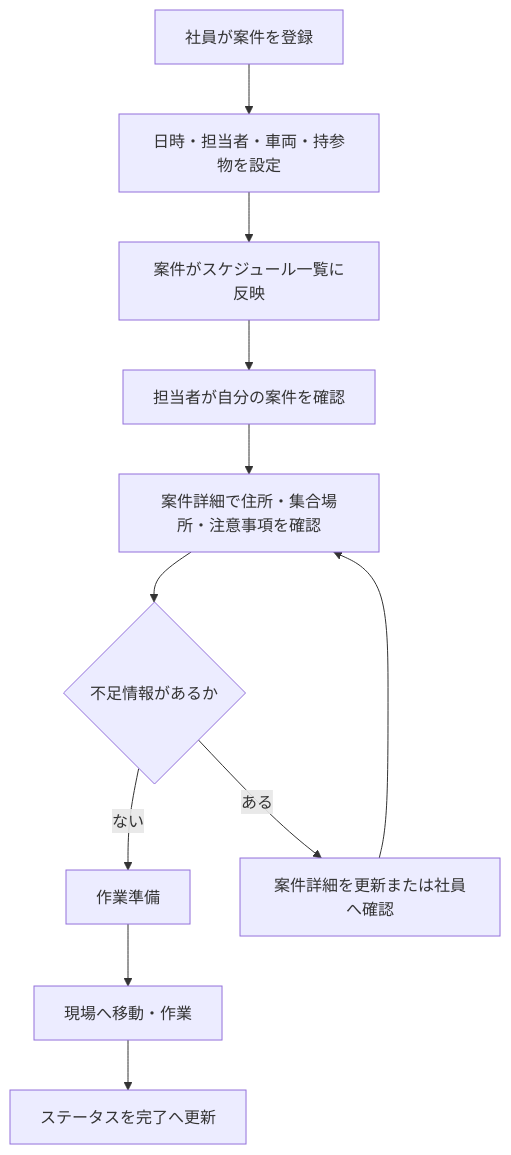
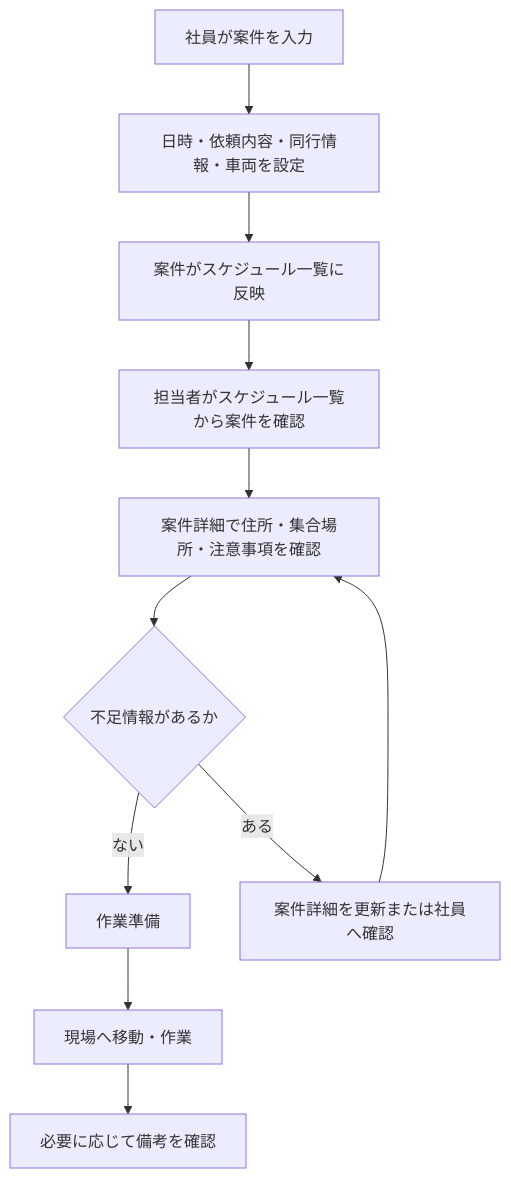
Before and after one commit to yuya-dev-dev/schedule-system: the second of 2 diagrams in docs/business-flow.md, drawn with Mermaid. The commit also changed other lines of this file and 7 other files, not shown here.

````diff
--- a/docs/business-flow.md
+++ b/docs/business-flow.md
@@ -34,13 +34,13 @@
 ```mermaid
 flowchart TD
-    A["社員が案件を登録"] --> B["日時・担当者・車両・持参物を設定"]
+    A["社員が案件を入力"] --> B["日時・依頼内容・同行情報・車両を設定"]
     B --> C["案件がスケジュール一覧に反映"]
-    C --> D["担当者が自分の案件を確認"]
+    C --> D["担当者がスケジュール一覧から案件を確認"]
     D --> E["案件詳細で住所・集合場所・注意事項を確認"]
     E --> F{"不足情報があるか"}
     F -- "ない" --> G["作業準備"]
     F -- "ある" --> H["案件詳細を更新または社員へ確認"]
     H --> E
     G --> I["現場へ移動・作業"]
-    I --> J["ステータスを完了へ更新"]
+    I --> J["必要に応じて備考を確認"]
 ```
````
